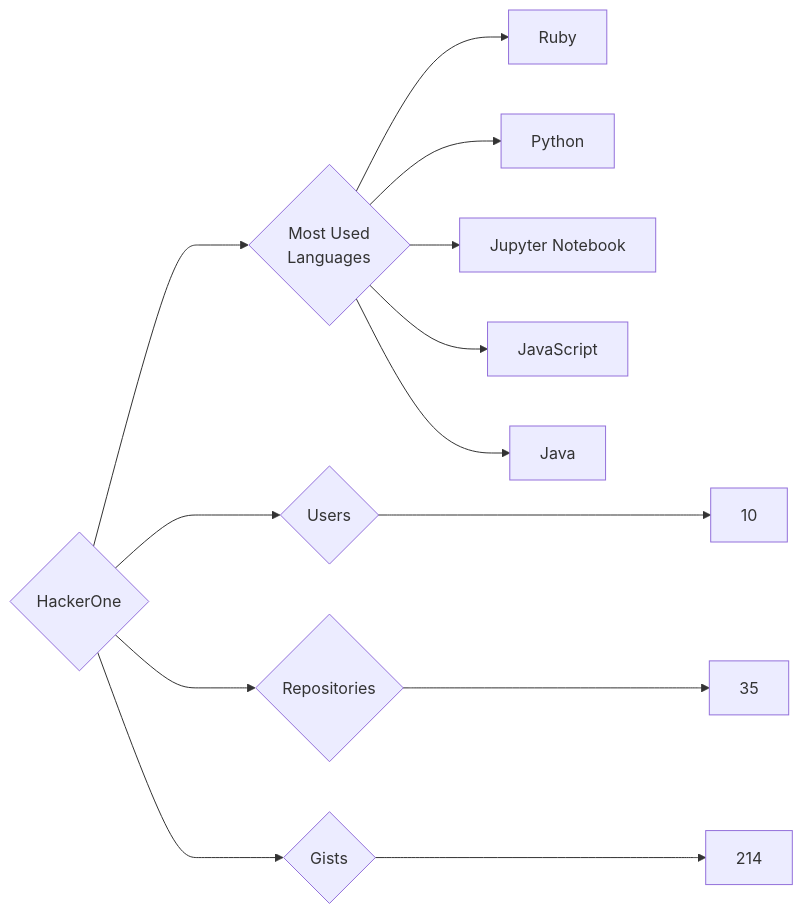
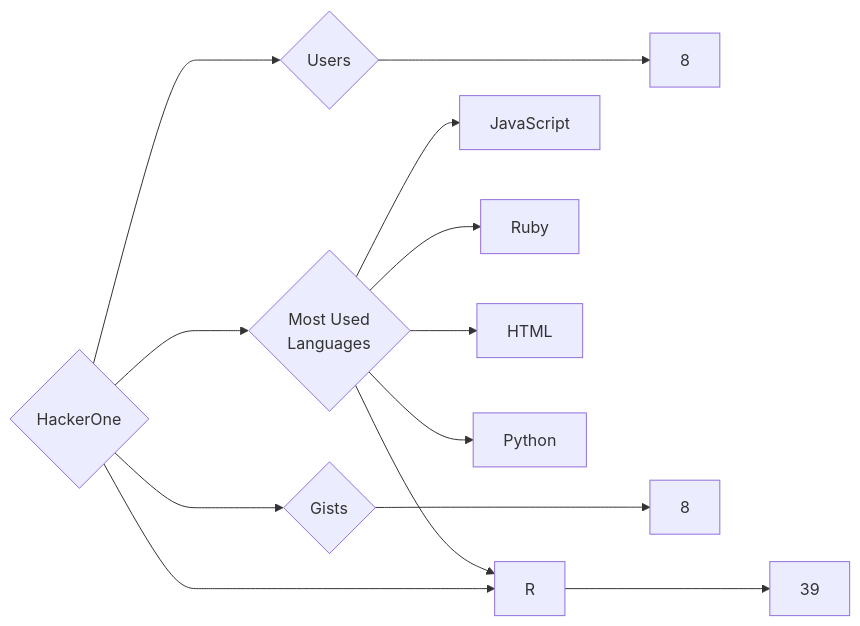
One commit to trickest/insiders changed the diagram in targets/HackerOne/README.md. Above: the diagram before and after it, drawn with Mermaid. The commit also changed 1170 other files, not shown here.

````diff
--- a/targets/HackerOne/README.md
+++ b/targets/HackerOne/README.md
@@ -3,13 +3,13 @@
 ```mermaid
 graph LR
 COMPANY_NAME{HackerOne}
-COMPANY_NAME ---> U{Users} ---> UN[10]
-COMPANY_NAME ---> R{Repositories} ---> RN[35]
-COMPANY_NAME ---> G{Gists} ---> GN[214]
+COMPANY_NAME ---> U{Users} ---> UN[8]
+COMPANY_NAME ---> R{Repositories} ---> RN[39]
+COMPANY_NAME ---> G{Gists} ---> GN[8]
 COMPANY_NAME ---> ML{Most Used<br>Languages}
+ML --> JavaScript[JavaScript]
 ML --> Ruby[Ruby]
+ML --> R[R]
+ML --> HTML[HTML]
 ML --> Python[Python]
-ML --> Jupyter_Notebook[Jupyter Notebook]
-ML --> JavaScript[JavaScript]
-ML --> Java[Java]
 ```
````
